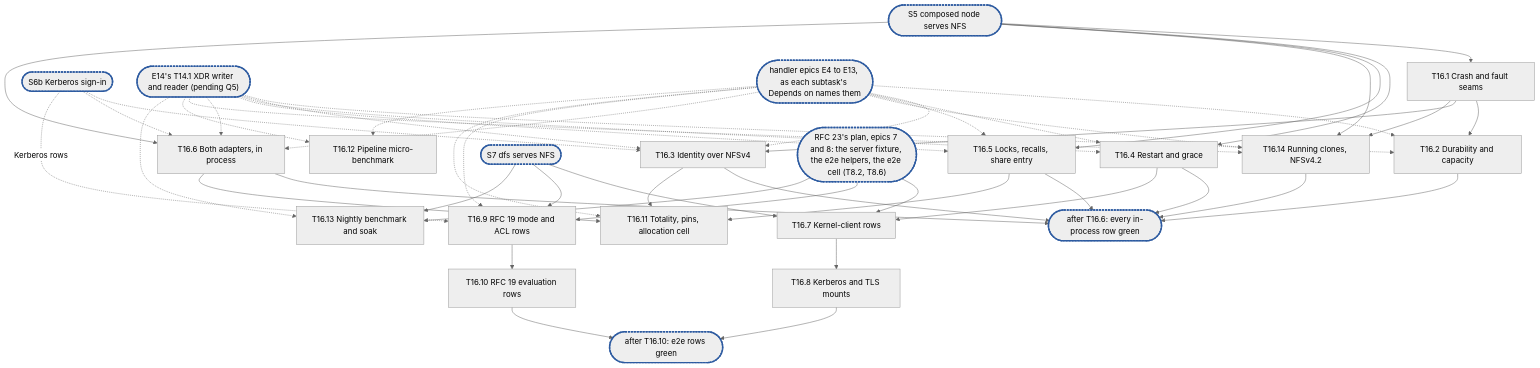
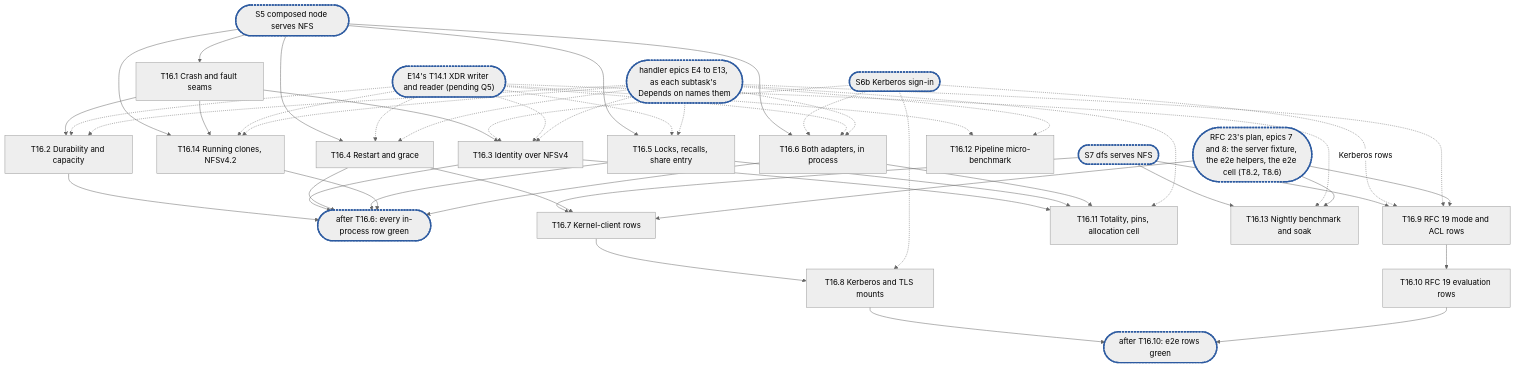
Before and after one commit to cubbit/dittofs: the diagram in .planning/rfc-21-nfs-epic16.md, drawn with Mermaid (neutral theme). The commit also changed other lines of this file, not shown here.

Commit message:
docs(planning): carry RFC 21 §13's new pynfs cells and answer E16's second review

````diff
--- a/.planning/rfc-21-nfs-epic16.md
+++ b/.planning/rfc-21-nfs-epic16.md
@@ -849,28 +876,29 @@
 ```mermaid
 flowchart TD
   S5(["S5 composed node serves NFS"]):::sync --> T16_1["T16.1 Crash and fault seams"]
   T16_1 --> T16_2["T16.2 Durability and capacity"]
   T16_1 --> T16_3["T16.3 Identity over NFSv4"]
   S6b(["S6b Kerberos sign-in"]):::sync -.-> T16_3
   S5 --> T16_4["T16.4 Restart and grace"]
   S5 --> T16_5["T16.5 Locks, recalls, share entry"]
   S5 --> T16_14["T16.14 Running clones, NFSv4.2"]
   T16_1 --> T16_14
   S5 --> T16_6["T16.6 Both adapters, in process"]
   S6b -.-> T16_6
   T16_2 & T16_3 & T16_4 & T16_5 & T16_14 & T16_6 --> C1(["after T16.6: every in-process row green"]):::sync
   S7(["S7 dfs serves NFS"]):::sync --> T16_7["T16.7 Kernel-client rows"]
   T16_4 --> T16_7
   T16_7 --> T16_8["T16.8 Kerberos and TLS mounts"]
+  S6b -.-> T16_8
   S7 --> T16_9["T16.9 RFC 19 mode and ACL rows"] --> T16_10["T16.10 RFC 19 evaluation rows"]
   S6b -. "Kerberos rows" .-> T16_9
   T16_8 & T16_10 --> C2(["after T16.10: e2e rows green"]):::sync
   T14_1(["E14's T14.1 XDR writer and reader (pending Q5)"]):::sync -.-> T16_2 & T16_3 & T16_4 & T16_5 & T16_6 & T16_14
   T16_3 & T16_5 & T16_6 --> T16_11["T16.11 Totality, pins, allocation cell"]
   T14_1 -.-> T16_12["T16.12 Pipeline micro-benchmark"]
   S7 --> T16_13["T16.13 Nightly benchmark and soak"]
   T14_1 -.-> T16_13
   EH(["handler epics E4 to E13, as each subtask's Depends on names them"]):::sync -.-> T16_2 & T16_3 & T16_4 & T16_5 & T16_14 & T16_6 & T16_9 & T16_11 & T16_12
-  R23(["RFC 23's plan, epics 7 and 8: the server fixture, the e2e helpers, the e2e cell (T8.2, T8.6)"]):::sync --> T16_7 & T16_9 & T16_13
+  RFC23P(["RFC 23's plan, epics 7 and 8: the server fixture, the e2e helpers, the e2e cell (T8.2, T8.6)"]):::sync --> T16_7 & T16_9 & T16_13
   classDef sync stroke:#2c5aa0,stroke-width:3px,stroke-dasharray:4 2
 ```
````
